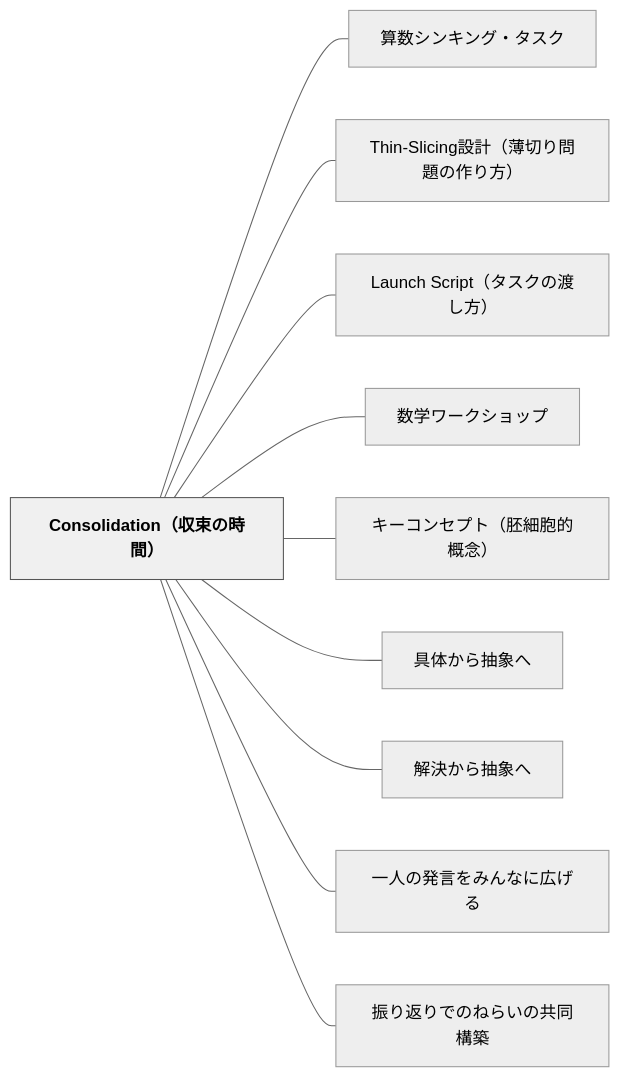
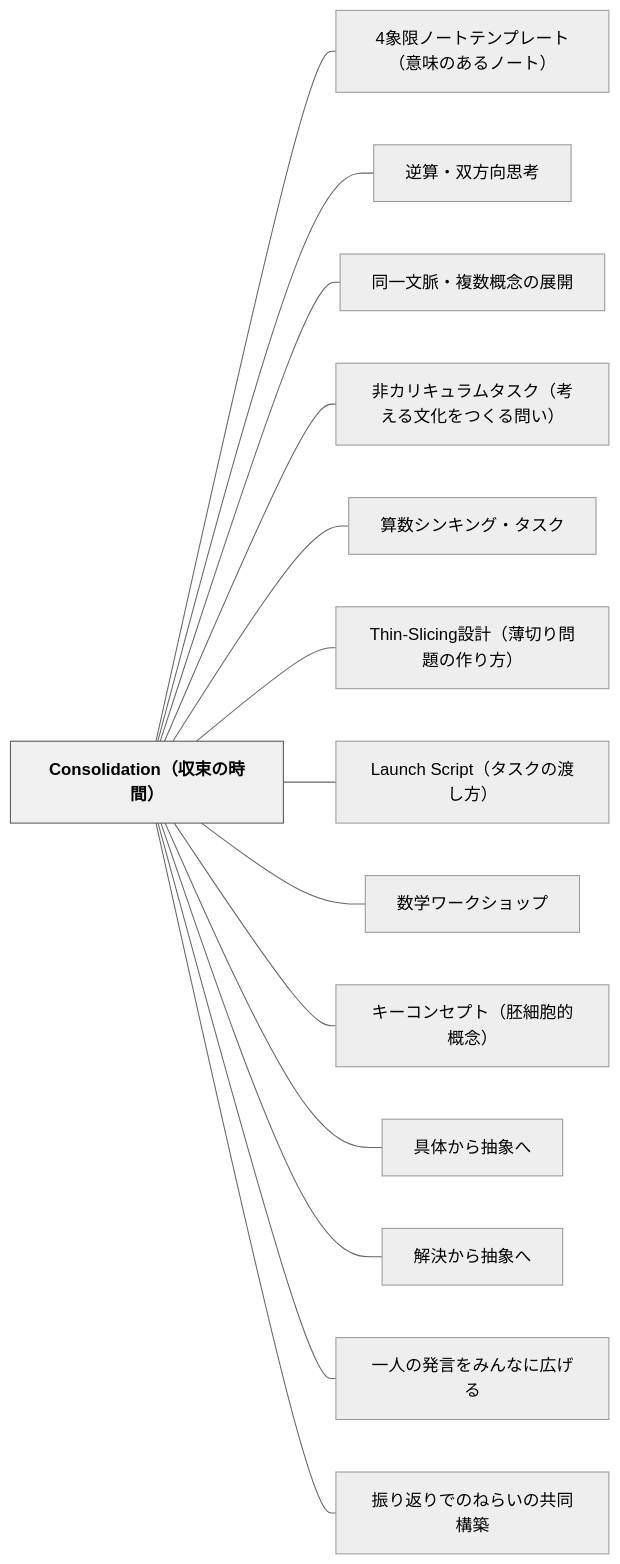
Before and after one commit to unknownthings-ed-patterns/unknownthings-ed-patterns: the diagram in content/パタン/Consolidation（収束の時間）.md, drawn with Mermaid (neutral theme). The commit also changed other lines of this file and 473 other files, not shown here.

````diff
--- a/content/パタン/Consolidation（収束の時間）.md
+++ b/content/パタン/Consolidation（収束の時間）.md
@@ -195,26 +199,34 @@
 ```mermaid
 flowchart LR
     n436f6e736f6c["Consolidation（収束の時間）"]
+    n34e8b1a1e999["4象限ノートテンプレート（意味のあるノート）"]
+    ne98086e7ae97["逆算・双方向思考"]
+    ne5908ce4b880["同一文脈・複数概念の展開"]
+    ne99d9ee382ab["非カリキュラムタスク（考える文化をつくる問い）"]
     ne7ae97e695b0["算数シンキング・タスク"]
     n5468696e2d53["Thin-Slicing設計（薄切り問題の作り方）"]
     n4c61756e6368["Launch Script（タスクの渡し方）"]
     ne695b0e5ada6["数学ワークショップ"]
     ne382ade383bc["キーコンセプト（胚細胞的概念）"]
     ne585b7e4bd93["具体から抽象へ"]
     ne8a7a3e6b1ba["解決から抽象へ"]
     ne4b880e4baba["一人の発言をみんなに広げる"]
     ne68cafe3828a["振り返りでのねらいの共同構築"]
 
+    n436f6e736f6c --- n34e8b1a1e999
+    n436f6e736f6c --- ne98086e7ae97
+    n436f6e736f6c --- ne5908ce4b880
+    n436f6e736f6c --- ne99d9ee382ab
     n436f6e736f6c --- ne7ae97e695b0
     n436f6e736f6c --- n5468696e2d53
     n436f6e736f6c --- n4c61756e6368
     n436f6e736f6c --- ne695b0e5ada6
     n436f6e736f6c --- ne382ade383bc
     n436f6e736f6c --- ne585b7e4bd93
     n436f6e736f6c --- ne8a7a3e6b1ba
     n436f6e736f6c --- ne4b880e4baba
     n436f6e736f6c --- ne68cafe3828a
 
     classDef hub fill:#f0f0f0,stroke:#555,color:#000,font-weight:bold
     class n436f6e736f6c hub
 ```
````
